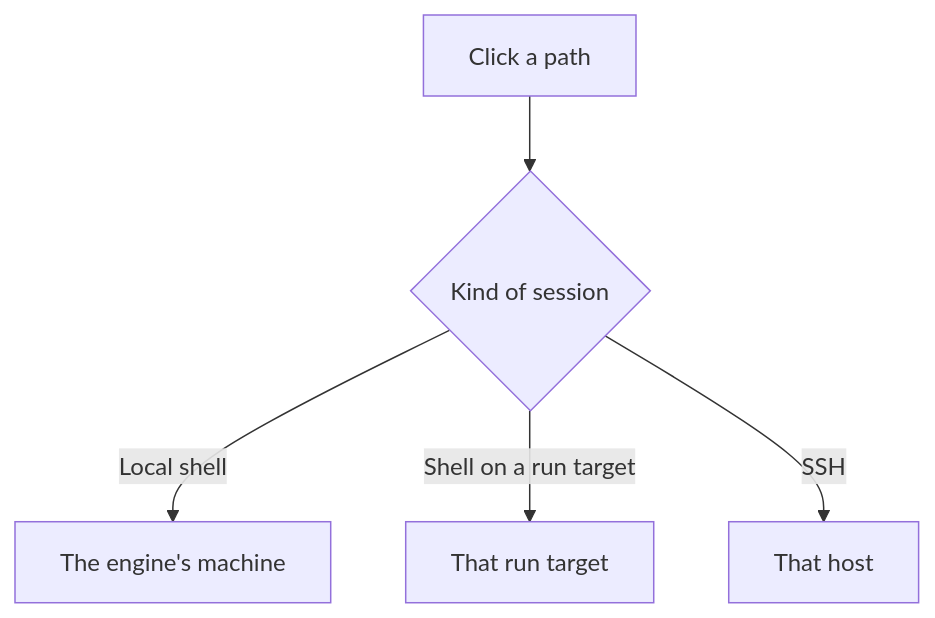
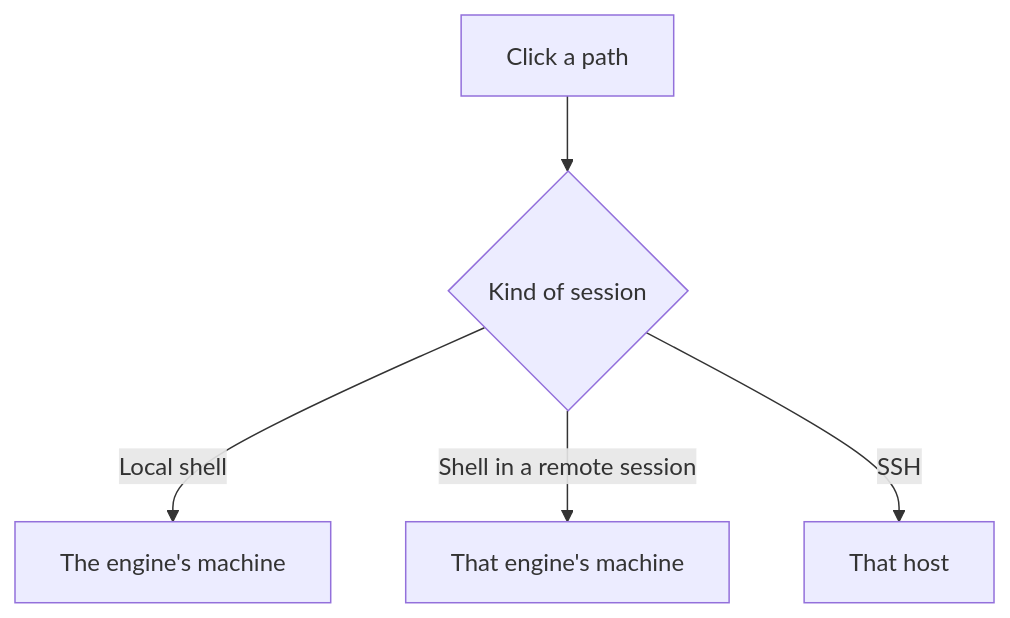
One commit to aida0710/sshc changed the fifth of 5 diagrams in pages/en/features/terminal.md. Above: the diagram before and after it, drawn with Mermaid. The commit also changed other lines of this file and 65 other files, not shown here.

````diff
--- a/pages/en/features/terminal.md
+++ b/pages/en/features/terminal.md
@@ -322,7 +322,7 @@
 ```mermaid
 flowchart TD
   press["Click a path"] --> kind{"Kind of session"}
   kind -- Local shell --> engine["The engine's machine"]
-  kind -- Shell on a run target --> target["That run target"]
+  kind -- Shell in a remote session --> target["That engine's machine"]
   kind -- SSH --> host["That host"]
 ```
````
